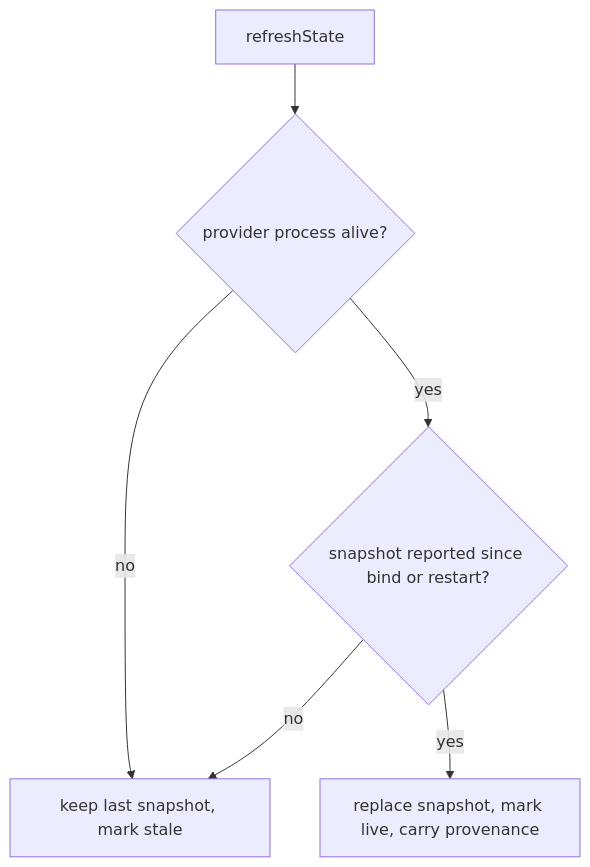
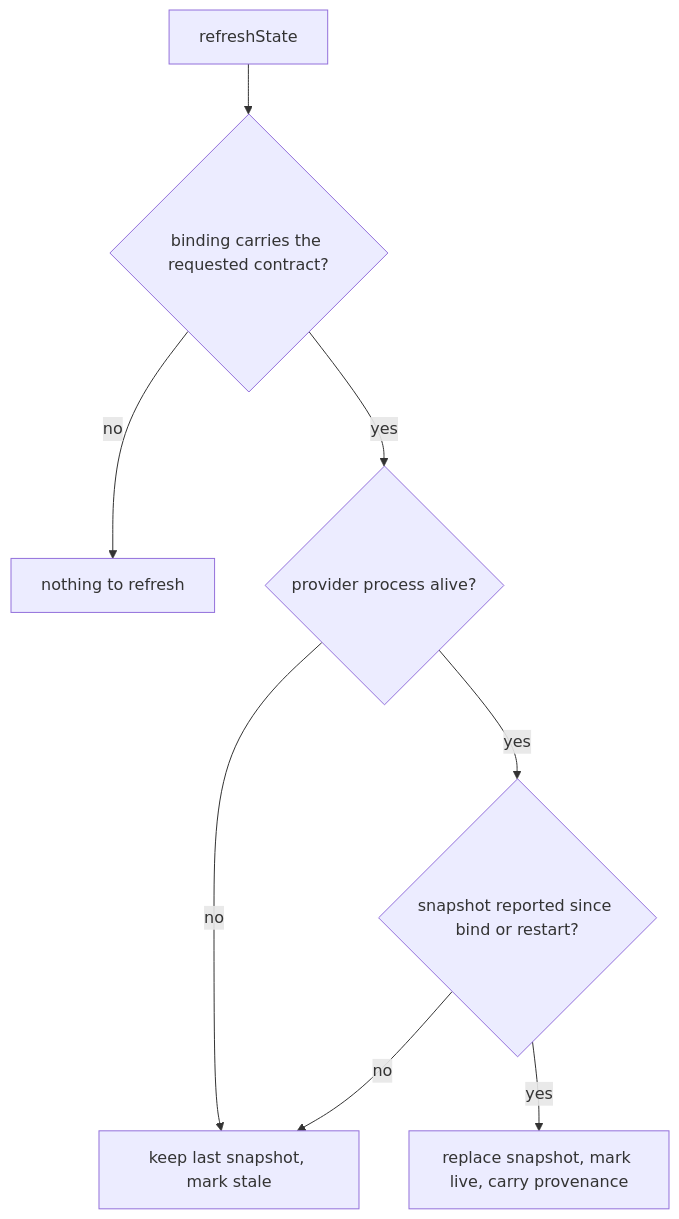
The third of 6 diagrams in packages/command-center/.agents/spec/integration/extension-contract/README.md (cyberuni/cyber-truss), drawn with Mermaid before and after one commit. The commit also changed other lines of this file and 2 other files, not shown here.

````diff
--- a/packages/command-center/.agents/spec/integration/extension-contract/README.md
+++ b/packages/command-center/.agents/spec/integration/extension-contract/README.md
@@ -162,8 +196,10 @@
 ```mermaid
 graph TD
-  F[refreshState] --> G{provider process alive?}
+  F[refreshState] --> F1{binding carries the requested contract?}
+  F1 -->|no| F2[nothing to refresh]
+  F1 -->|yes| G{provider process alive?}
   G -->|no| H[keep last snapshot, mark stale]
   G -->|yes| I{snapshot reported since bind or restart?}
   I -->|no| H
   I -->|yes| J[replace snapshot, mark live, carry provenance]
 ```
````
